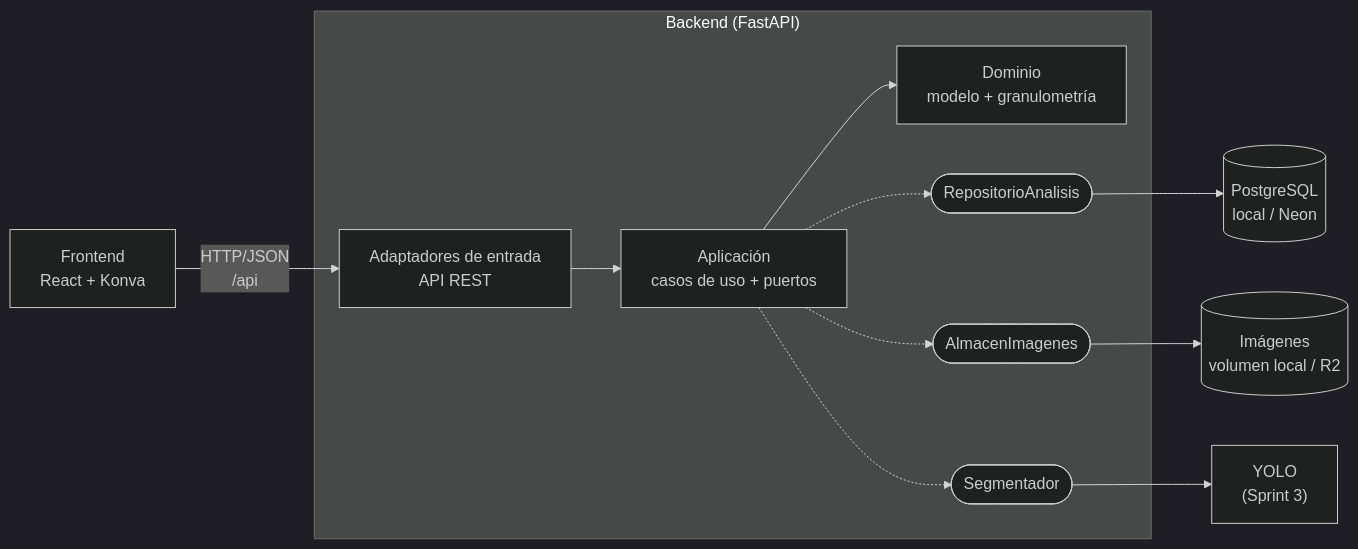
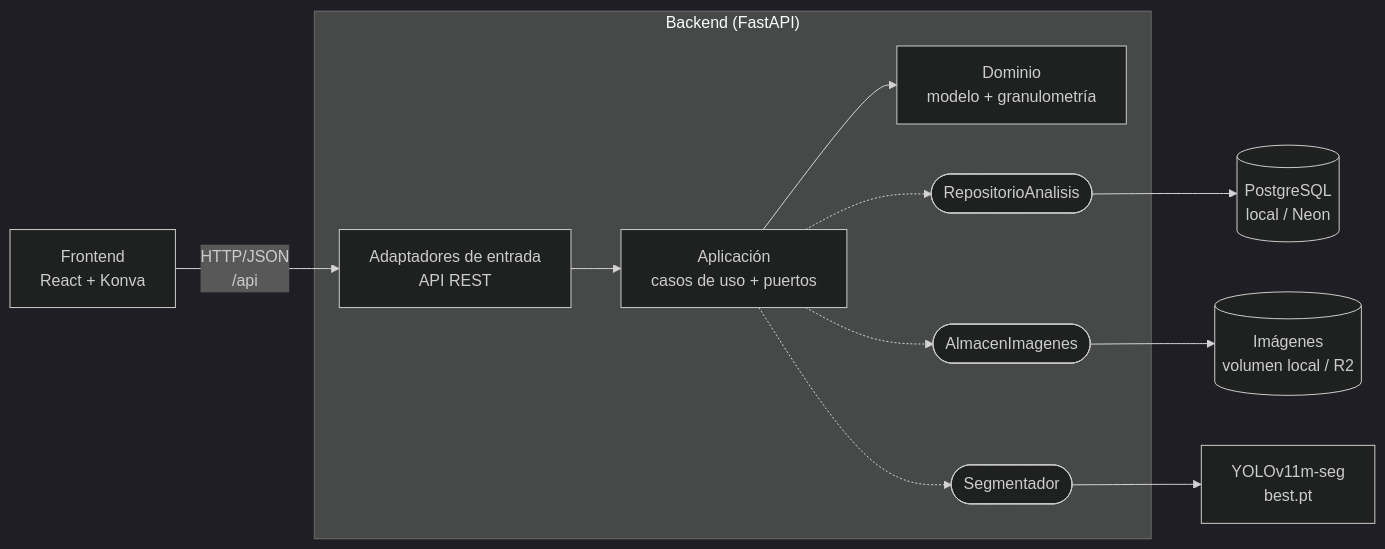
One commit to DaniGuevara09/analisis_rocas_ic changed the diagram in README.md. Above: the diagram before and after it, drawn with Mermaid (dark theme). The commit also changed other lines of this file and 96 other files, not shown here.

````diff
--- a/README.md
+++ b/README.md
@@ -81,16 +82,16 @@
 ```mermaid
 flowchart LR
     UI["Frontend<br/>React + Konva"] -- "HTTP/JSON<br/>/api" --> API
 
     subgraph Backend["Backend (FastAPI)"]
         API["Adaptadores de entrada<br/>API REST"] --> CU["Aplicación<br/>casos de uso + puertos"]
         CU --> DOM["Dominio<br/>modelo + granulometría"]
         CU -.-> P1(["RepositorioAnalisis"])
         CU -.-> P2(["AlmacenImagenes"])
         CU -.-> P3(["Segmentador"])
     end
 
     P1 --> PG[("PostgreSQL<br/>local / Neon")]
     P2 --> IMG[("Imágenes<br/>volumen local / R2")]
-    P3 --> YOLO["YOLO<br/>(Sprint 3)"]
+    P3 --> YOLO["YOLOv11m-seg<br/>best.pt"]
 ```
````
